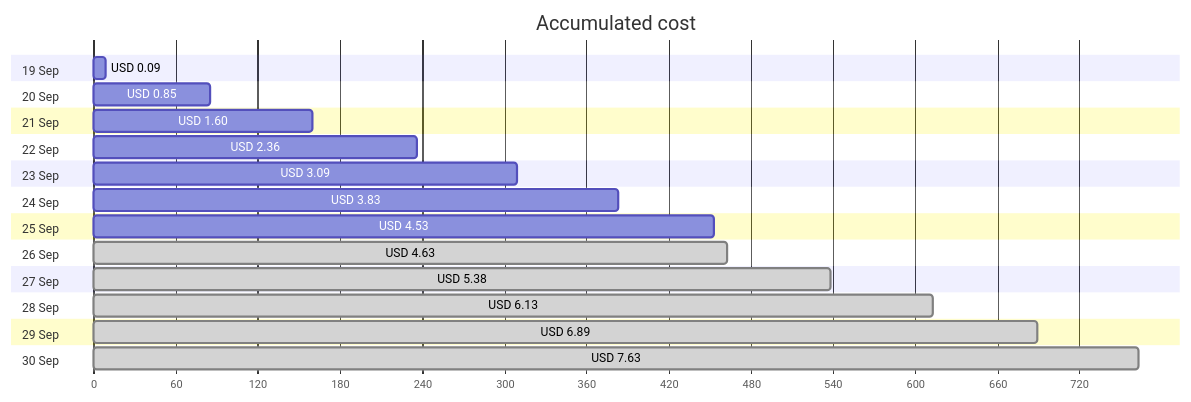
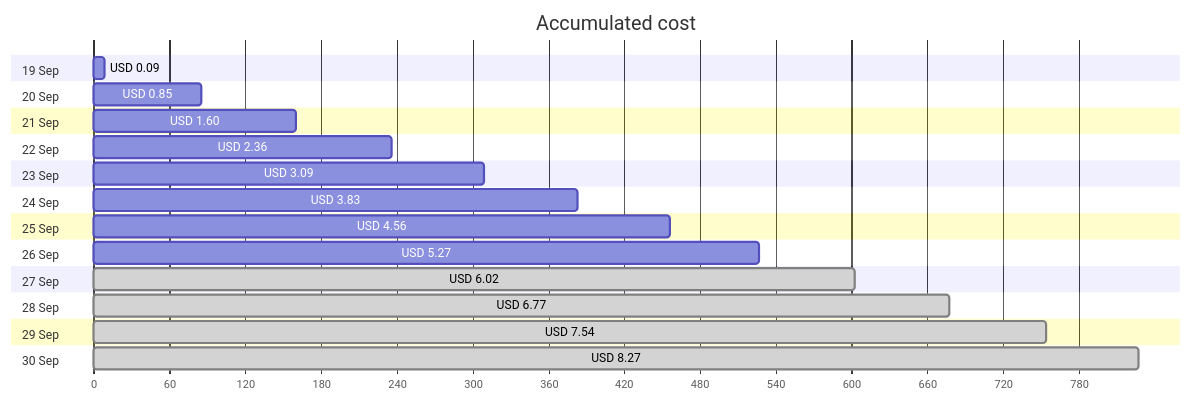
Before and after one commit to jpfulton/azure-personal-reports: the first of 4 diagrams in cost-reports/personal-network/backup-server-data-disk.md, drawn with Mermaid. The commit also changed other lines of this file and 9 other files, not shown here.

````diff
--- a/cost-reports/personal-network/backup-server-data-disk.md
+++ b/cost-reports/personal-network/backup-server-data-disk.md
@@ -20,30 +20,30 @@
 ```mermaid
 gantt
    title Accumulated cost
    dateFormat  X
    axisFormat %s
    section 19 Sep
    USD 0.09 :0, 9
    section 20 Sep
    USD 0.85 :0, 85
    section 21 Sep
    USD 1.60 :0, 160
    section 22 Sep
    USD 2.36 :0, 236
    section 23 Sep
    USD 3.09 :0, 309
    section 24 Sep
    USD 3.83 :0, 383
    section 25 Sep
-   USD 4.53 :0, 453
+   USD 4.56 :0, 456
    section 26 Sep
-   USD 4.63 : done, 0, 463
+   USD 5.27 :0, 527
    section 27 Sep
-   USD 5.38 : done, 0, 538
+   USD 6.02 : done, 0, 602
    section 28 Sep
-   USD 6.13 : done, 0, 613
+   USD 6.77 : done, 0, 677
    section 29 Sep
-   USD 6.89 : done, 0, 689
+   USD 7.54 : done, 0, 754
    section 30 Sep
-   USD 7.63 : done, 0, 763
+   USD 8.27 : done, 0, 827
 ```
````
